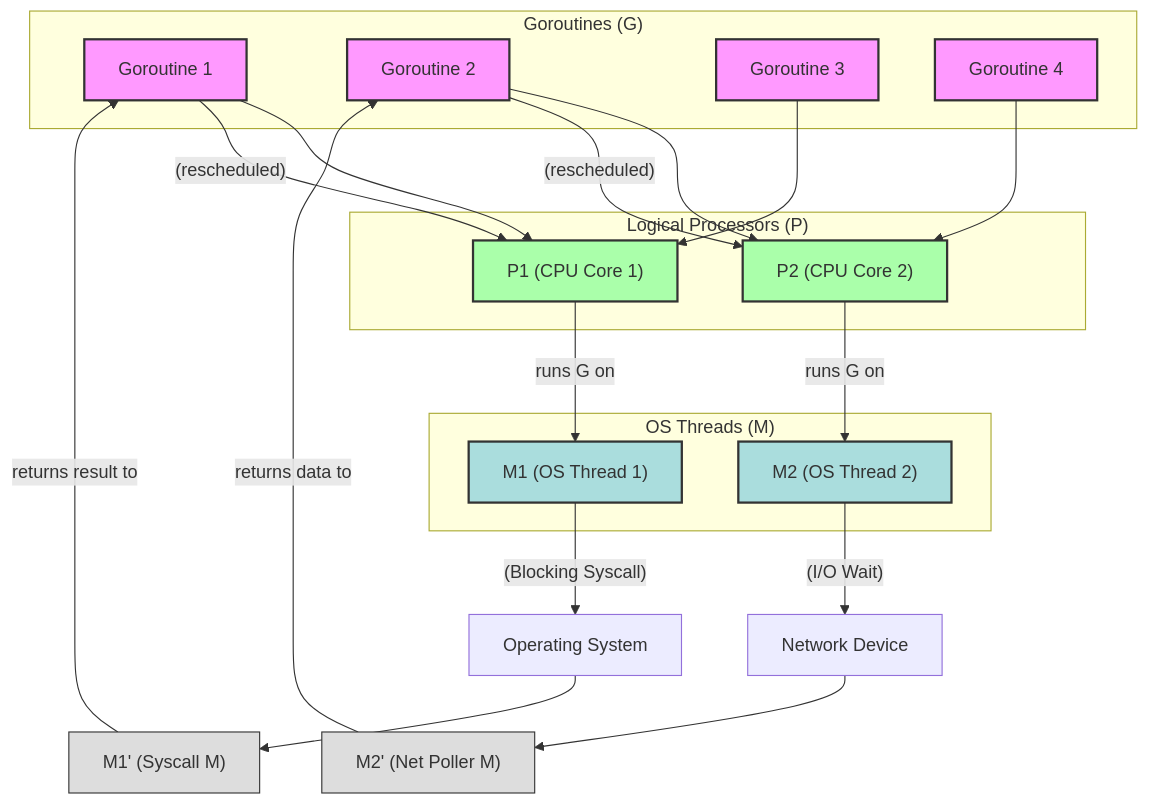
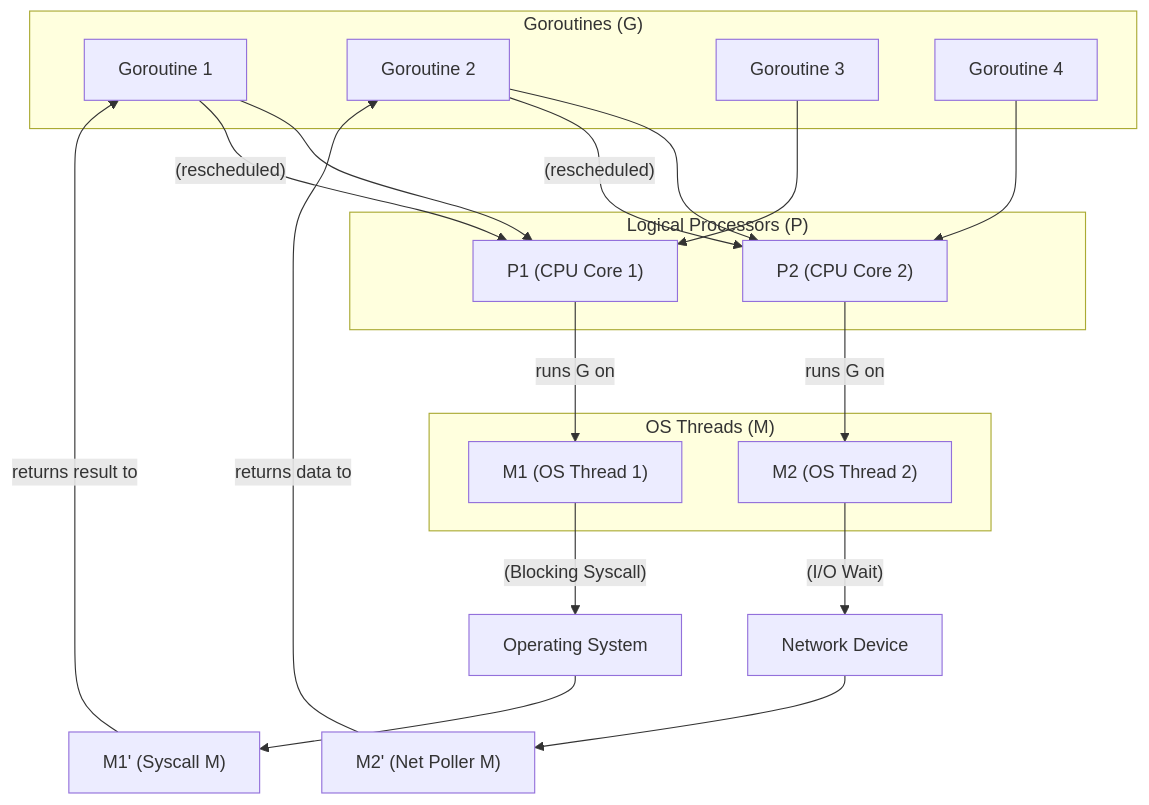
One commit to teatang/t-blog changed the first of 2 diagrams in source/_posts/2025/2025-02-21_Golang 底层的多路复用和调度详解.md. Above: the diagram before and after it, drawn with Mermaid. The commit also changed 24 other files, not shown here.

```diff
--- a/source/_posts/2025/2025-02-21_Golang 底层的多路复用和调度详解.md
+++ b/source/_posts/2025/2025-02-21_Golang 底层的多路复用和调度详解.md
@@ -79,50 +79,39 @@
 {% mermaid %}
 graph TD
     subgraph "Goroutines (G)"
         G1[Goroutine 1]
         G2[Goroutine 2]
         G3[Goroutine 3]
         G4[Goroutine 4]
     end
 
     subgraph "Logical Processors (P)"
         P1["P1 (CPU Core 1)"]
         P2["P2 (CPU Core 2)"]
     end
 
     subgraph "OS Threads (M)"
         M1["M1 (OS Thread 1)"]
         M2["M2 (OS Thread 2)"]
     end
 
     G1 --> P1
     G2 --> P2
     G3 --> P1
     G4 --> P2
 
     P1 -- runs G on --> M1
     P2 -- runs G on --> M2
 
     M1 -- (Blocking Syscall) --> OS[Operating System]
     M2 -- (I/O Wait) --> Network[Network Device]
 
     OS --> M1_new["M1' (Syscall M)"]
     Network --> M2_new["M2' (Net Poller M)"]
 
     M1_new -- returns result to --> G1
     M2_new -- returns data to --> G2
 
     G1 -- (rescheduled) --> P1
     G2 -- (rescheduled) --> P2
-
-    style G1 fill:#f9f,stroke:#333,stroke-width:2px
-    style G2 fill:#f9f,stroke:#333,stroke-width:2px
-    style G3 fill:#f9f,stroke:#333,stroke-width:2px
-    style G4 fill:#f9f,stroke:#333,stroke-width:2px
-    style P1 fill:#afa,stroke:#333,stroke-width:2px
-    style P2 fill:#afa,stroke:#333,stroke-width:2px
-    style M1 fill:#add,stroke:#333,stroke-width:2px
-    style M2 fill:#add,stroke:#333,stroke-width:2px
-    style M1_new fill:#ddd,stroke:#333,stroke-width:1px
-    style M2_new fill:#ddd,stroke:#333,stroke-width:1px
 {% endmermaid %}
```
